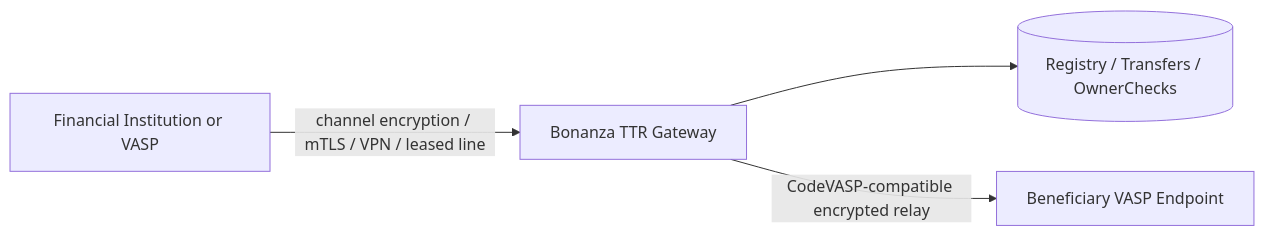
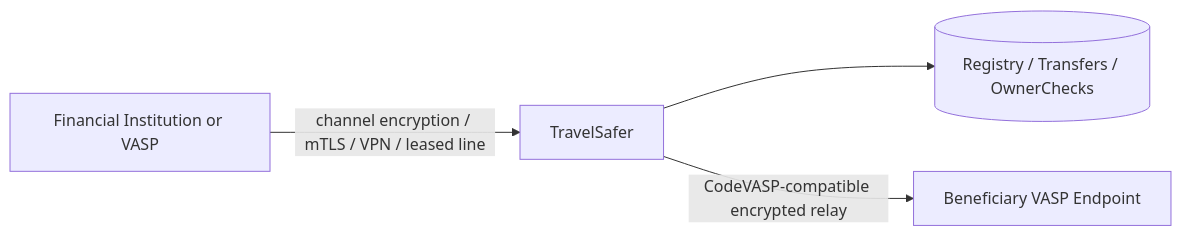
One commit to alvintracer/transight-tr changed the first of 2 diagrams in docs/ttr-api-specification.md. Above: the diagram before and after it, drawn with Mermaid. The commit also changed other lines of this file and 64 other files, not shown here.

Commit message:
Rename public brand to TravelSafer

````diff
--- a/docs/ttr-api-specification.md
+++ b/docs/ttr-api-specification.md
@@ -11,11 +11,11 @@
 ```mermaid
 flowchart LR
   FI[Financial Institution or VASP]
-  GW[Bonanza TTR Gateway]
+  GW[TravelSafer]
   DB[(Registry / Transfers / OwnerChecks)]
   BFI[Beneficiary VASP Endpoint]
 
   FI -->|channel encryption / mTLS / VPN / leased line| GW
   GW --> DB
   GW -->|CodeVASP-compatible encrypted relay| BFI
 ```
````
